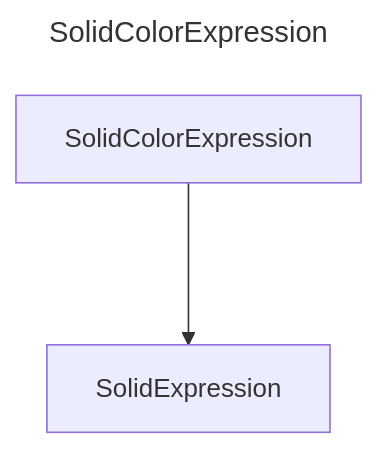
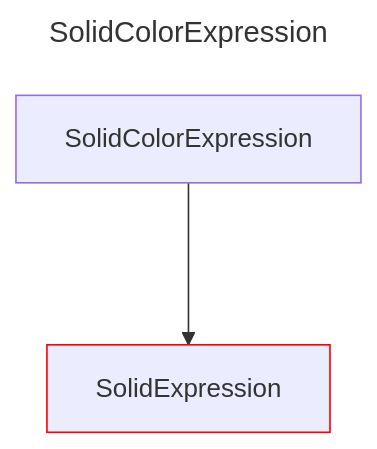
One commit to douglassimonsen/pbi_core changed the diagram in docs/docs/layout/erd/SolidColorExpression.md. Above: the diagram before and after it, drawn with Mermaid. The commit also changed 77 other files, not shown here.

Commit message:
Updated to color code the layout ERD

````diff
--- a/docs/docs/layout/erd/SolidColorExpression.md
+++ b/docs/docs/layout/erd/SolidColorExpression.md
@@ -1,9 +1,10 @@
 ```mermaid
 ---
 title: SolidColorExpression
 ---
 graph 
-2721641857872["SolidExpression"]
-2721641874464["SolidColorExpression"]
-2721641874464 ---> 2721641857872
+2430071896816["SolidExpression"]
+style 2430071896816 stroke:#ff0000,stroke-width:1px
+2430071907552["SolidColorExpression"]
+2430071907552 ---> 2430071896816
 ```
````
